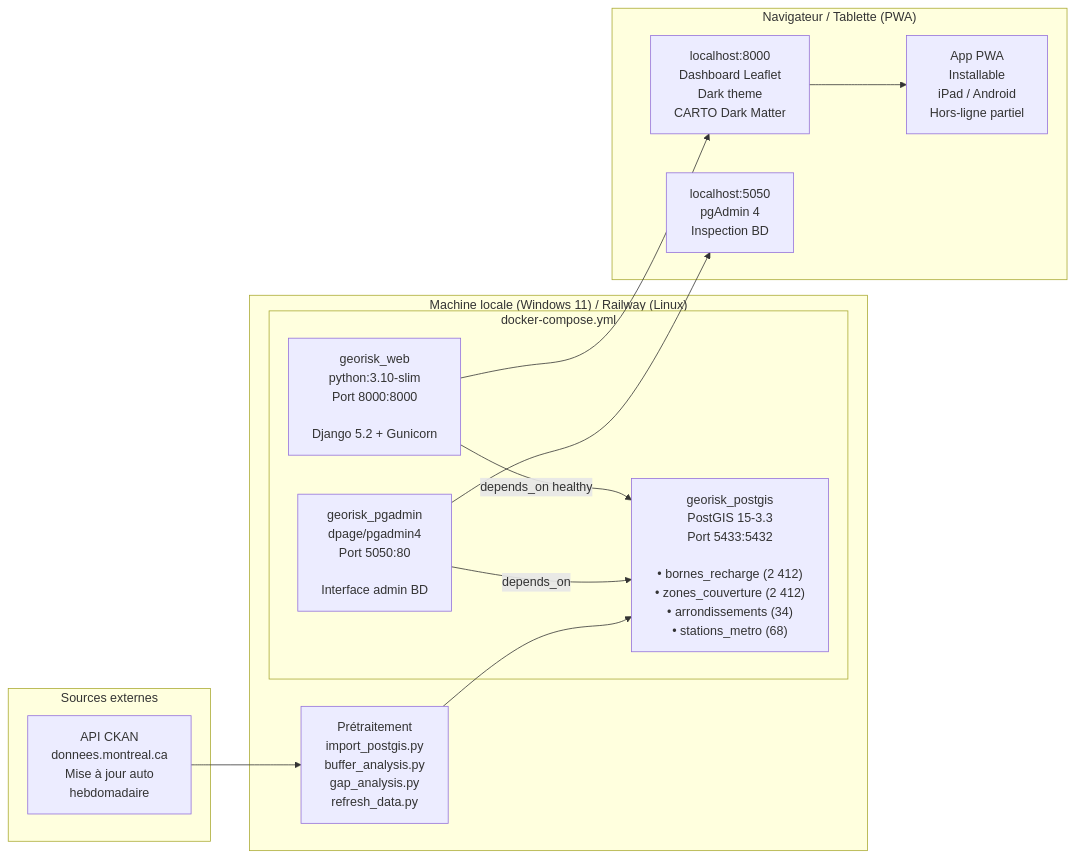
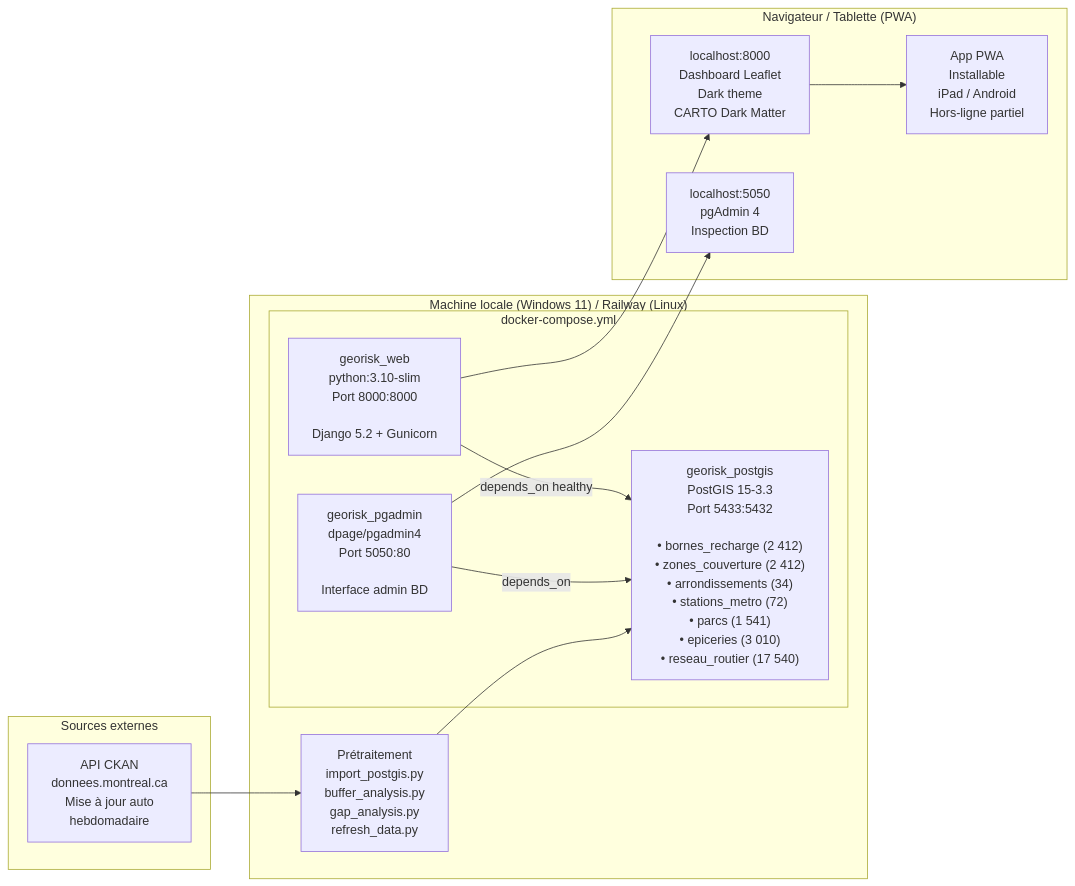
The second of 5 diagrams in DIAGRAMME_MERMAID.md (modou5604501/projet_Session), drawn with Mermaid before and after one commit. The commit also changed other lines of this file, not shown here.

````diff
--- a/DIAGRAMME_MERMAID.md
+++ b/DIAGRAMME_MERMAID.md
@@ -57,29 +58,29 @@
 ```mermaid
 flowchart LR
     subgraph HOST["Machine locale (Windows 11) / Railway (Linux)"]
         subgraph DC["docker-compose.yml"]
-            PG["georisk_postgis\nPostGIS 15-3.3\nPort 5433:5432\n\n• bornes_recharge (2 412)\n• zones_couverture (2 412)\n• arrondissements (34)\n• stations_metro (68)"]
+            PG["georisk_postgis\nPostGIS 15-3.3\nPort 5433:5432\n\n• bornes_recharge (2 412)\n• zones_couverture (2 412)\n• arrondissements (34)\n• stations_metro (72)\n• parcs (1 541)\n• epiceries (3 010)\n• reseau_routier (17 540)"]
             PGA["georisk_pgadmin\ndpage/pgadmin4\nPort 5050:80\n\nInterface admin BD"]
             WEB["georisk_web\npython:3.10-slim\nPort 8000:8000\n\nDjango 5.2 + Gunicorn"]
         end
         PRE["Prétraitement\nimport_postgis.py\nbuffer_analysis.py\ngap_analysis.py\nrefresh_data.py"]
     end
 
     subgraph CLIENT["Navigateur / Tablette (PWA)"]
         MAP["localhost:8000\nDashboard Leaflet\nDark theme\nCARTO Dark Matter"]
         ADMIN["localhost:5050\npgAdmin 4\nInspection BD"]
         PWA["App PWA\nInstallable\niPad / Android\nHors-ligne partiel"]
     end
 
     subgraph EXT["Sources externes"]
         CKAN["API CKAN\ndonnees.montreal.ca\nMise à jour auto\nhebdomadaire"]
     end
 
     WEB -- depends_on healthy --> PG
     PGA -- depends_on --> PG
     PRE --> PG
     CKAN --> PRE
     WEB --> MAP
     PGA --> ADMIN
     MAP --> PWA
 ```
````
